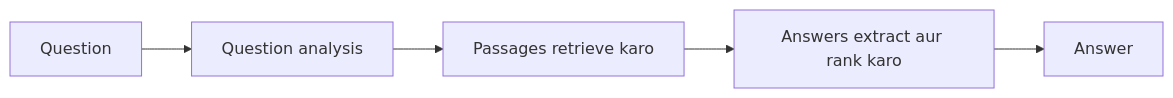
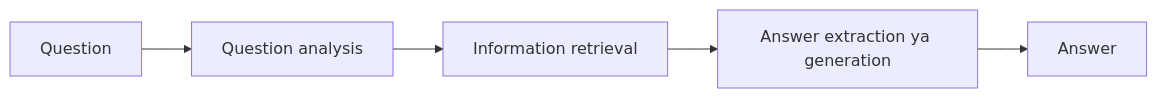
The diagram in content/natural-language-processing/pyq/2024-12/q6d.hi.mdx (TrendySloth1001/sem-seven-notes), drawn with Mermaid before and after one commit. The commit also changed other lines of this file and 406 other files, not shown here.

````diff
--- a/content/natural-language-processing/pyq/2024-12/q6d.hi.mdx
+++ b/content/natural-language-processing/pyq/2024-12/q6d.hi.mdx
@@ -14,5 +7,5 @@
 ```mermaid
-%% caption: QA system ki pipeline, question se answer tak.
+%% caption: QA system ke teen stages.
 flowchart LR
-  Q["Question"] --> A["Question analysis"] --> R["Passages retrieve karo"] --> X["Answers extract aur rank karo"] --> O["Answer"]
+  Q["Question"] --> A["Question analysis"] --> B["Information retrieval"] --> C["Answer extraction ya generation"] --> D["Answer"]
 ```
````
